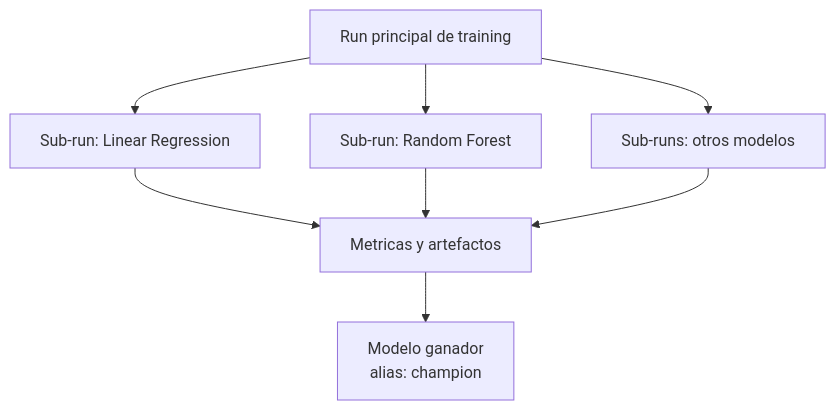
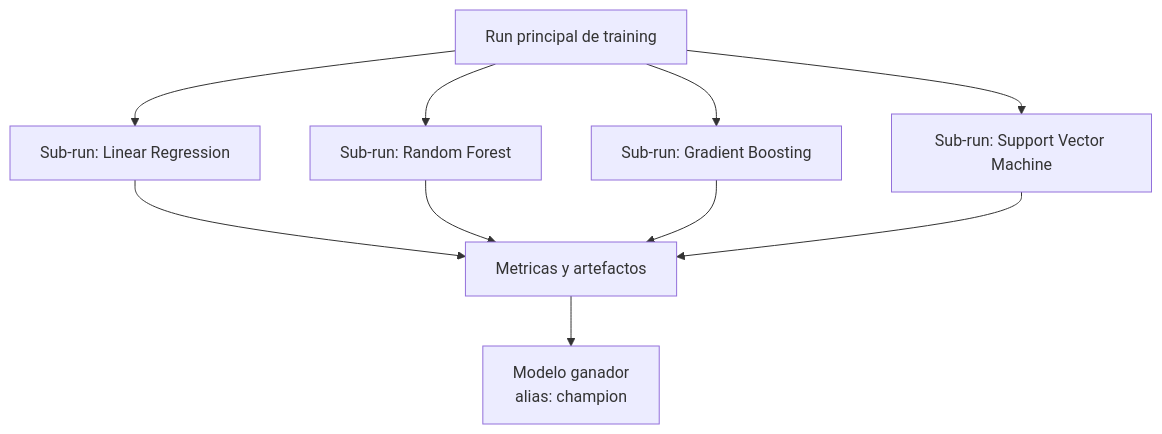
Before and after one commit to CimimUxMaio/ceia-tp-mlops: the second of 5 diagrams in DOC.md, drawn with Mermaid. The commit also changed other lines of this file and 2 other files, not shown here.

````diff
--- a/DOC.md
+++ b/DOC.md
@@ -140,17 +140,20 @@
 ```mermaid
 flowchart TD
     run[Run principal de training]
     linear[Sub-run: Linear Regression]
     forest[Sub-run: Random Forest]
-    otros[Sub-runs: otros modelos]
+    boosting[Sub-run: Gradient Boosting]
+    svm[Sub-run: Support Vector Machine]
     metricas[Metricas y artefactos]
     champion[Modelo ganador\nalias: champion]
 
     run --> linear
     run --> forest
-    run --> otros
+    run --> boosting
+    run --> svm
     linear --> metricas
     forest --> metricas
-    otros --> metricas
+    boosting --> metricas
+    svm --> metricas
     metricas --> champion
 ```
````
